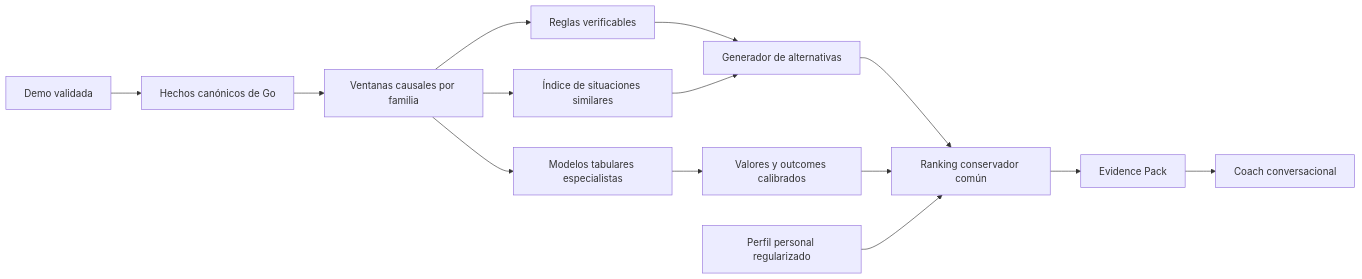
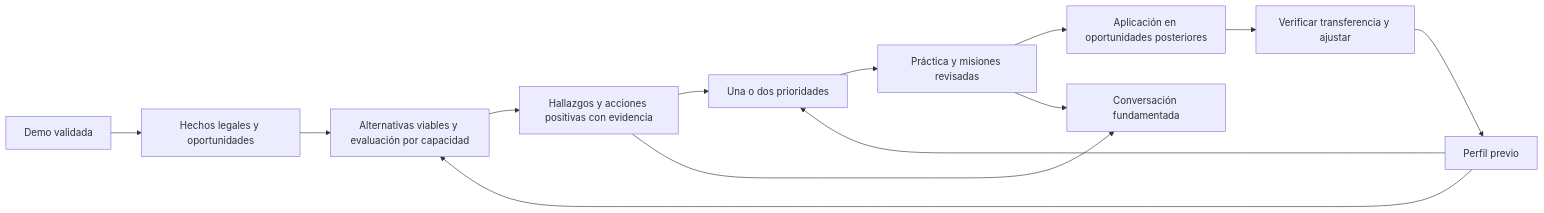
One commit to Alejandro-school/StratAI changed the diagram in docs/AI_COACH_PRODUCT_DEFINITION.md. Above: the diagram before and after it, drawn with Mermaid. The commit also changed other lines of this file and 1363 other files, not shown here.

````diff
--- a/docs/AI_COACH_PRODUCT_DEFINITION.md
+++ b/docs/AI_COACH_PRODUCT_DEFINITION.md
@@ -449,16 +471,15 @@
 ```mermaid
 flowchart LR
-    A[Demo validada] --> B[Hechos canónicos de Go]
-    B --> C[Ventanas causales por familia]
-    C --> D[Reglas verificables]
-    C --> E[Modelos tabulares especialistas]
-    C --> F[Índice de situaciones similares]
-    D --> G[Generador de alternativas]
-    F --> G
-    E --> H[Valores y outcomes calibrados]
-    G --> I[Ranking conservador común]
-    H --> I
-    J[Perfil personal regularizado] --> I
-    I --> K[Evidence Pack]
-    K --> L[Coach conversacional]
+    A[Demo validada] --> B[Hechos legales y oportunidades]
+    B --> C[Alternativas viables y evaluación por capacidad]
+    C --> D[Hallazgos y acciones positivas con evidencia]
+    P[Perfil previo] --> C
+    D --> E[Una o dos prioridades]
+    P --> E
+    E --> F[Práctica y misiones revisadas]
+    F --> G[Aplicación en oportunidades posteriores]
+    G --> H[Verificar transferencia y ajustar]
+    H --> P
+    D --> L[Conversación fundamentada]
+    F --> L
 ```
````
